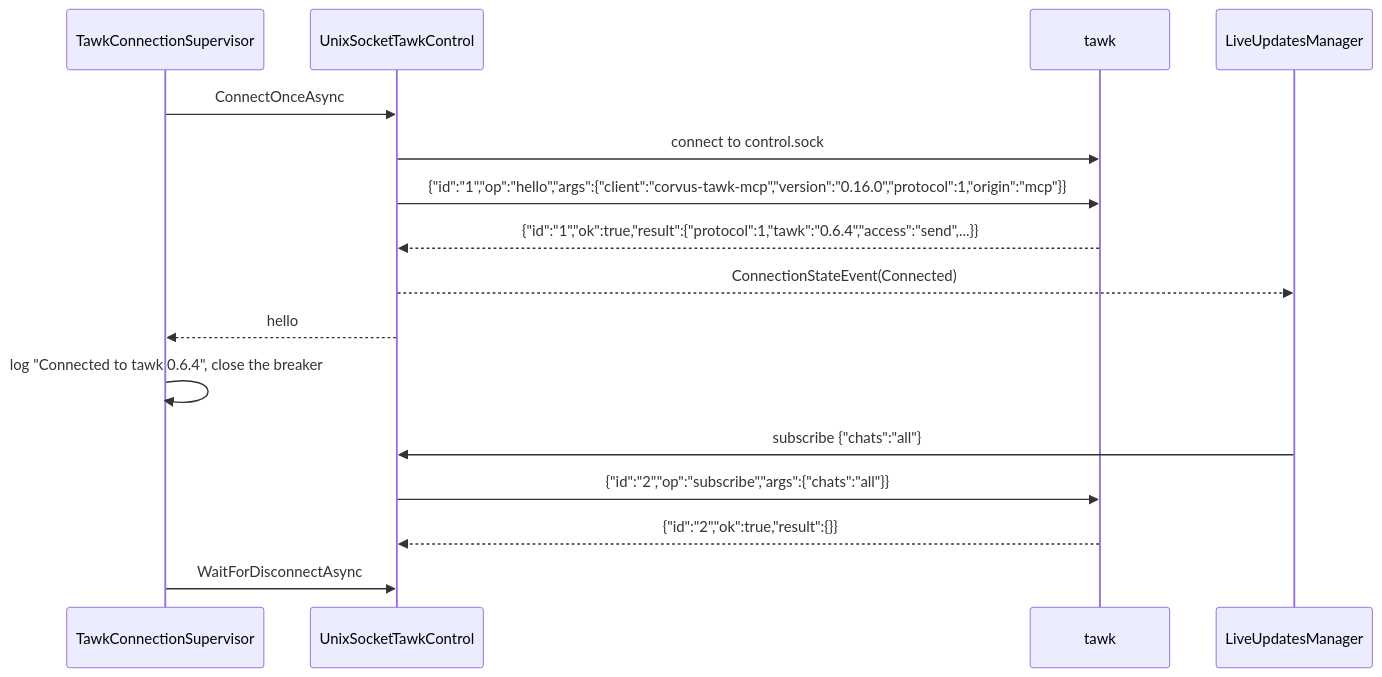
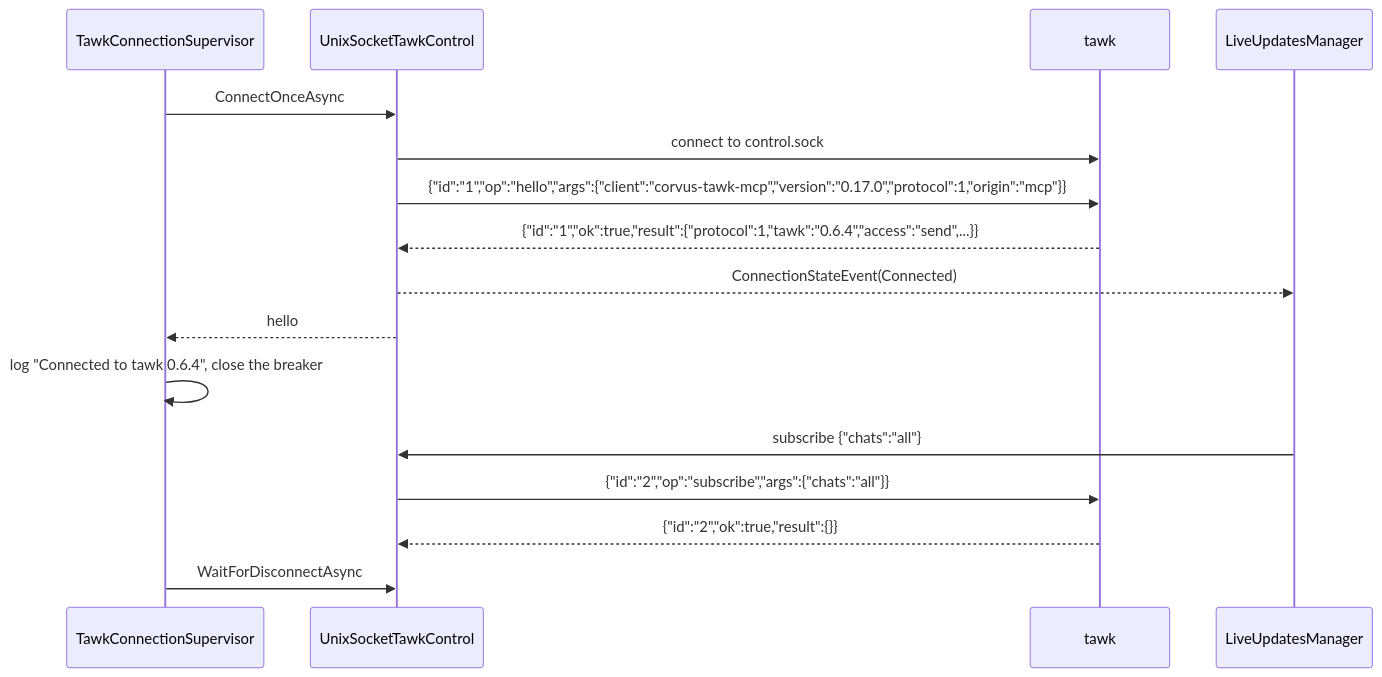
The first of 14 diagrams in HOW_IT_WORKS.md (loganventer/Corvus.Mcp.Server.Tawk), drawn with Mermaid before and after one commit. The commit also changed 25 other files, not shown here.

````diff
--- a/HOW_IT_WORKS.md
+++ b/HOW_IT_WORKS.md
@@ -35,19 +35,19 @@
 ```mermaid
 sequenceDiagram
     participant S as TawkConnectionSupervisor
     participant C as UnixSocketTawkControl
     participant T as tawk
     participant L as LiveUpdatesManager
 
     S->>C: ConnectOnceAsync
     C->>T: connect to control.sock
-    C->>T: {"id":"1","op":"hello","args":{"client":"corvus-tawk-mcp","version":"0.16.0","protocol":1,"origin":"mcp"}}
+    C->>T: {"id":"1","op":"hello","args":{"client":"corvus-tawk-mcp","version":"0.17.0","protocol":1,"origin":"mcp"}}
     T-->>C: {"id":"1","ok":true,"result":{"protocol":1,"tawk":"0.6.4","access":"send",...}}
     C-->>L: ConnectionStateEvent(Connected)
     C-->>S: hello
     S->>S: log "Connected to tawk 0.6.4", close the breaker
     L->>C: subscribe {"chats":"all"}
     C->>T: {"id":"2","op":"subscribe","args":{"chats":"all"}}
     T-->>C: {"id":"2","ok":true,"result":{}}
     S->>C: WaitForDisconnectAsync
 ```
````
